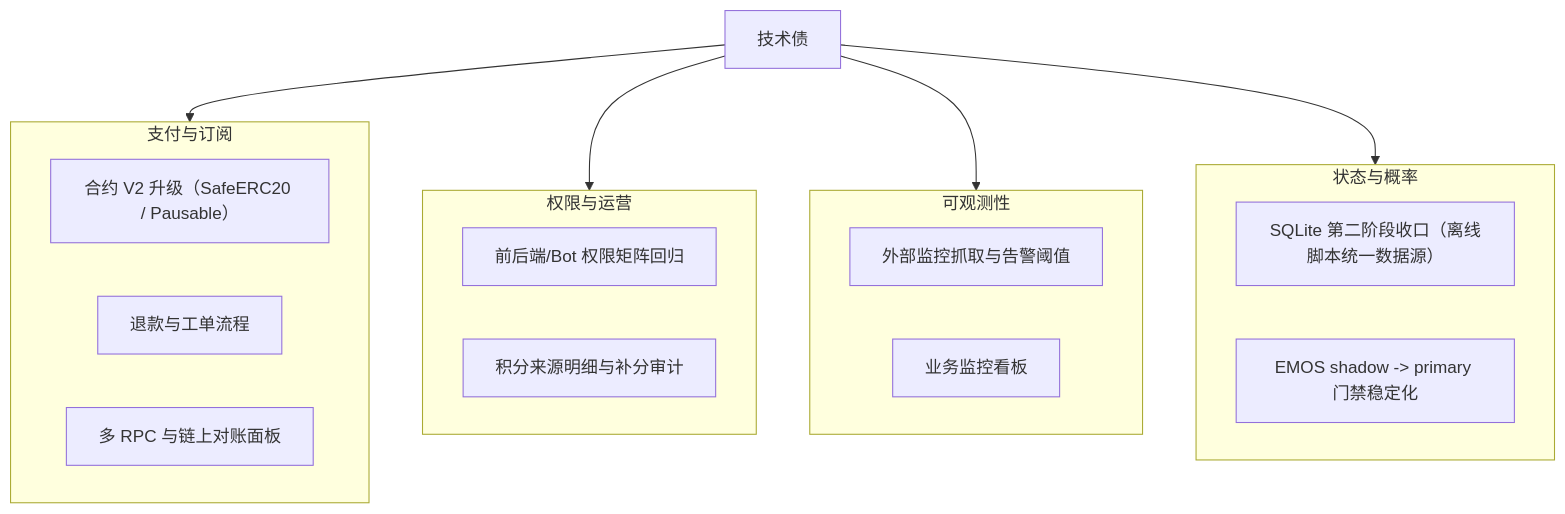
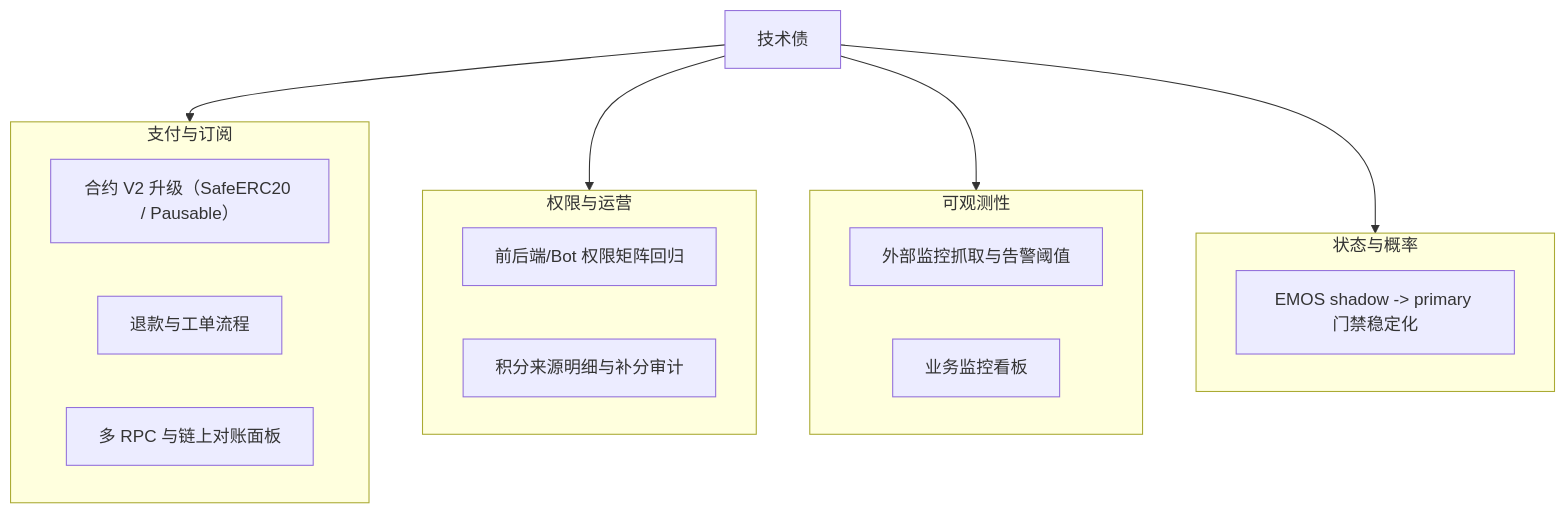
One commit to ivanmladek/PolyWeather changed the diagram in docs/TECH_DEBT.md. Above: the diagram before and after it, drawn with Mermaid. The commit also changed other lines of this file and 18 other files, not shown here.

````diff
--- a/docs/TECH_DEBT.md
+++ b/docs/TECH_DEBT.md
@@ -11,30 +11,29 @@
 ```mermaid
 flowchart TD
     A["技术债"]
 
     subgraph P["支付与订阅"]
         P1["合约 V2 升级（SafeERC20 / Pausable）"]
         P2["退款与工单流程"]
         P3["多 RPC 与链上对账面板"]
     end
 
     subgraph E["权限与运营"]
         E1["前后端/Bot 权限矩阵回归"]
         E2["积分来源明细与补分审计"]
     end
 
     subgraph O["可观测性"]
         O1["外部监控抓取与告警阈值"]
         O2["业务监控看板"]
     end
 
     subgraph S["状态与概率"]
-        S1["SQLite 第二阶段收口（离线脚本统一数据源）"]
-        S2["EMOS shadow -> primary 门禁稳定化"]
+        S1["EMOS shadow -> primary 门禁稳定化"]
     end
 
     A --> P
     A --> E
     A --> O
     A --> S
 ```
````
